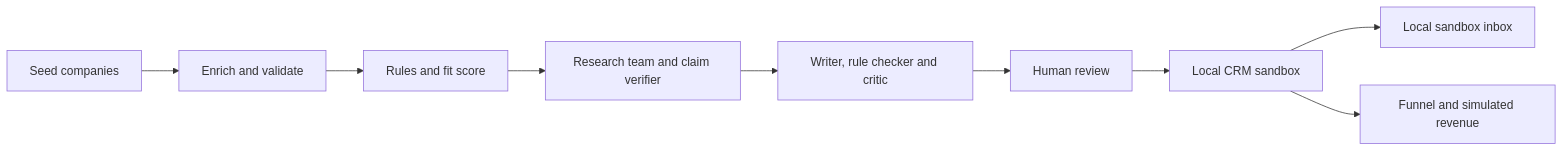
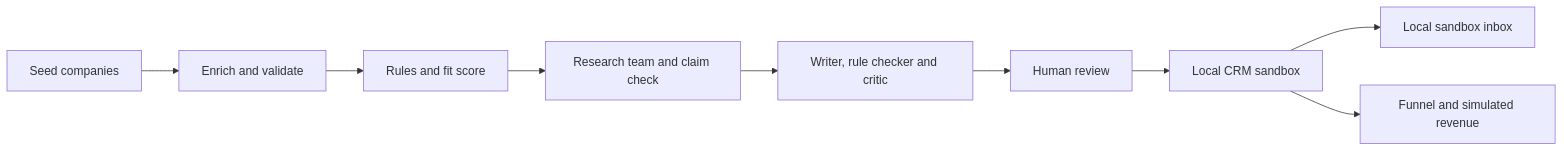
Before and after one commit to prentopoulos/adscout: the diagram in README.md, drawn with Mermaid. The commit also changed other lines of this file and 9 other files, not shown here.

````diff
--- a/README.md
+++ b/README.md
@@ -46,11 +99,11 @@
 ```mermaid
 flowchart LR
     S[Seed companies] --> E[Enrich and validate]
     E --> Q[Rules and fit score]
-    Q --> R[Research team and claim verifier]
+    Q --> R[Research team and claim check]
     R --> D[Writer, rule checker and critic]
     D --> H[Human review]
     H --> C[Local CRM sandbox]
     C --> I[Local sandbox inbox]
     C --> F[Funnel and simulated revenue]
 ```
````
